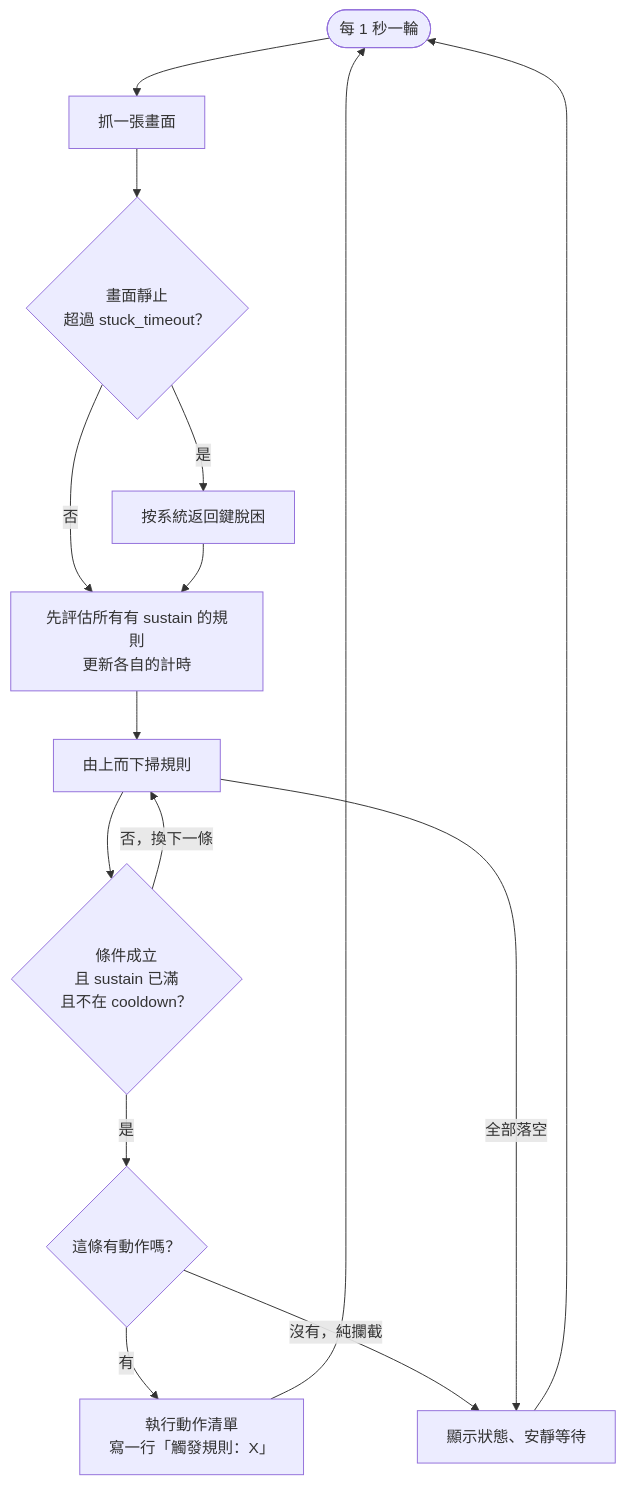
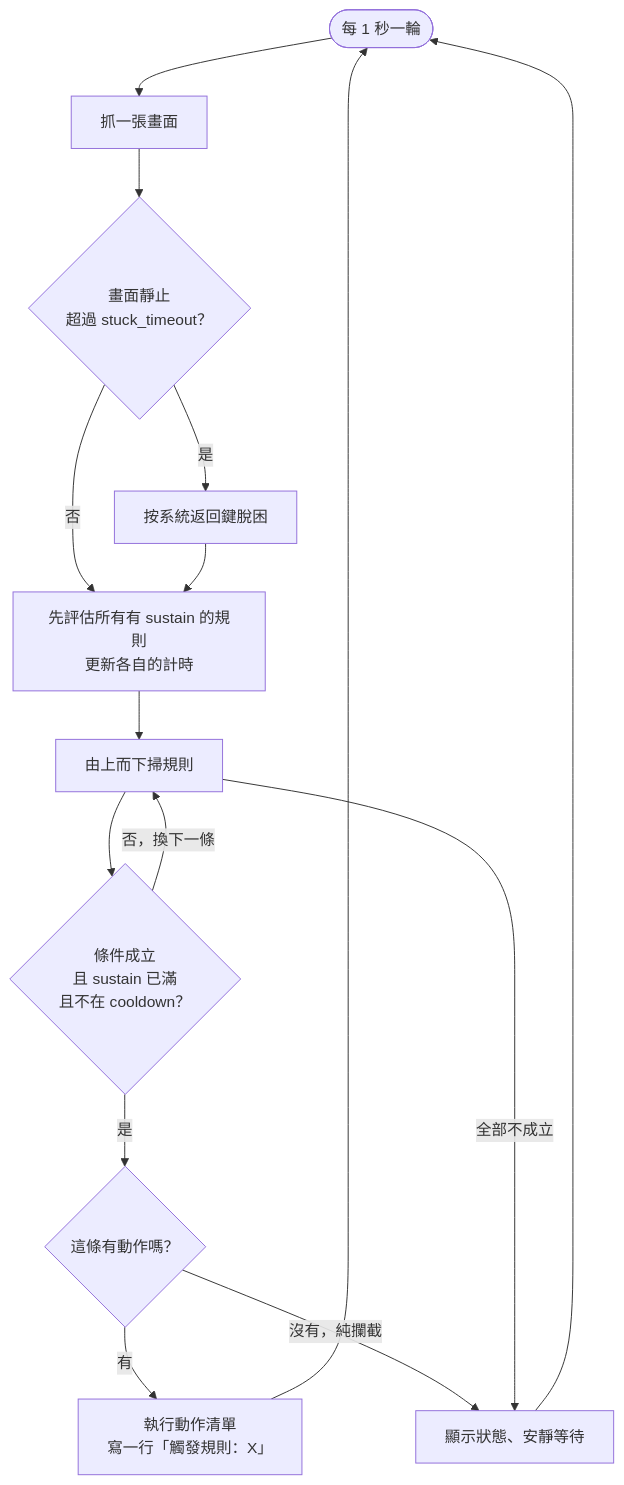
The second of 5 diagrams in README.md (LaiYueTing/scepter-and-sword-assistant), drawn with Mermaid before and after one commit. The commit also changed other lines of this file and 37 other files, not shown here.

````diff
--- a/README.md
+++ b/README.md
@@ -61,17 +61,17 @@
 ```mermaid
 flowchart TD
     TICK([每 1 秒一輪]) --> CAP[抓一張畫面]
     CAP --> STUCK{畫面靜止<br/>超過 stuck_timeout？}
     STUCK -->|是| BACK[按系統返回鍵脫困]
     STUCK -->|否| PRE[先評估所有有 sustain 的規則<br/>更新各自的計時]
     BACK --> PRE
     PRE --> SCAN[由上而下掃規則]
     SCAN --> COND{條件成立<br/>且 sustain 已滿<br/>且不在 cooldown？}
     COND -->|否，換下一條| SCAN
     COND -->|是| ACT{這條有動作嗎？}
     ACT -->|有| DO[執行動作清單<br/>寫一行「觸發規則：X」]
     ACT -->|沒有，純攔截| WAIT[顯示狀態、安靜等待]
-    SCAN -->|全部落空| WAIT
+    SCAN -->|全部不成立| WAIT
     DO --> TICK
     WAIT --> TICK
 ```
````
